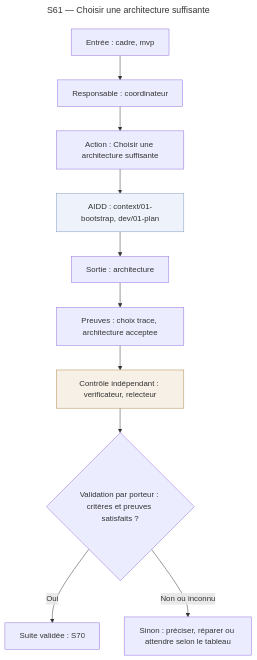
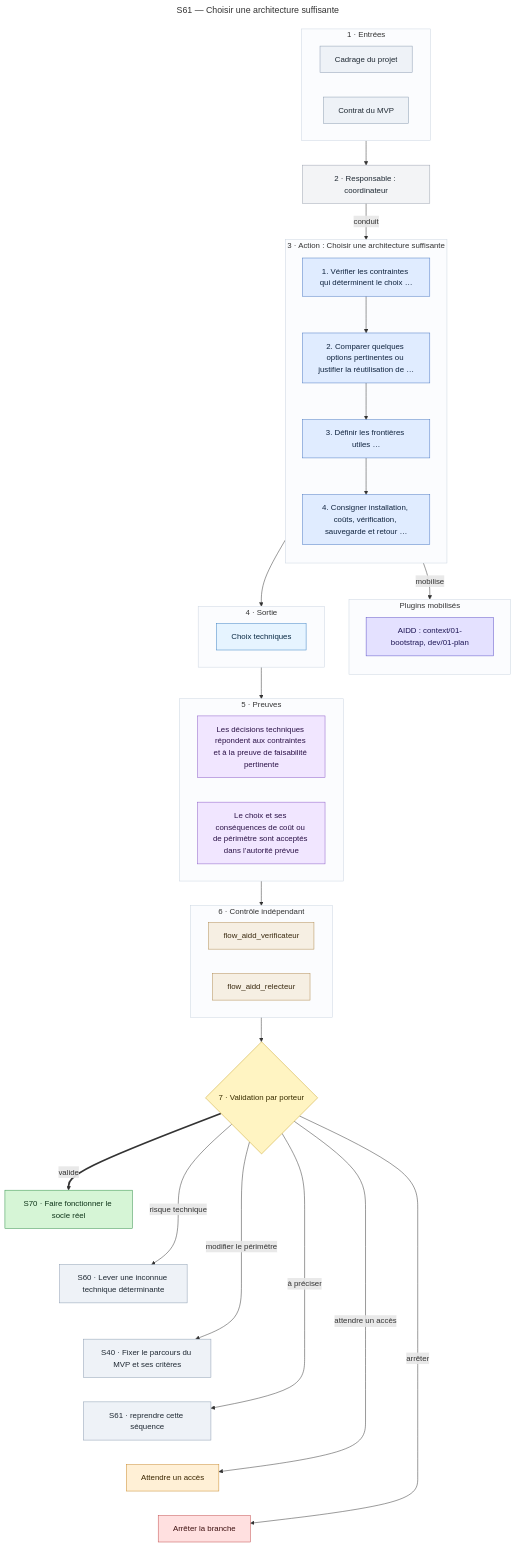
One commit to yanix2445/flow-aidd changed the diagram in docs/schemas/S61.mmd. Above: the diagram before and after it, drawn with Mermaid. The commit also changed 23 other files, not shown here.

First line of the commit message:
docs(schemas): redraw Mermaid schemas with aidd-context:09-mermaid

```diff
--- a/docs/schemas/S61.mmd
+++ b/docs/schemas/S61.mmd
@@ -1,27 +1,89 @@
 ---
 title: "S61 — Choisir une architecture suffisante"
 ---
 flowchart TB
-  Entree["Entrée : cadre, mvp"]
-  Responsable["Responsable : coordinateur"]
-  Action["Action : Choisir une architecture suffisante"]
-  Plugins["AIDD : context/01-bootstrap, dev/01-plan"]
-  Sortie["Sortie : architecture"]
-  Preuve["Preuves : choix trace, architecture acceptee"]
-  Controle["Contrôle indépendant : verificateur, relecteur"]
-  Validation{"Validation par porteur : critères et preuves satisfaits ?"}
-  Destination["Suite validée : S70"]
-  AutreIssue["Sinon : préciser, réparer ou attendre selon le tableau"]
-  Entree --> Responsable
-  Responsable --> Action
-  Action --> Plugins
-  Plugins --> Sortie
-  Sortie --> Preuve
-  Preuve --> Controle
+  subgraph Entrees["1 · Entrées"]
+    EntreeCadre["Cadrage du projet"]
+    EntreeMvp["Contrat du MVP"]
+  end
+  Responsable["2 · Responsable : coordinateur"]
+  subgraph Action["3 · Action : Choisir une architecture suffisante"]
+    direction TB
+    Etape1["1. Vérifier les contraintes qui déterminent le choix …"]
+    Etape2["2. Comparer quelques options pertinentes ou justifier la réutilisation de …"]
+    Etape3["3. Définir les frontières utiles …"]
+    Etape4["4. Consigner installation, coûts, vérification, sauvegarde et retour …"]
+  end
+  subgraph Plugins["Plugins mobilisés"]
+    direction TB
+    PluginsAidd["AIDD : context/01-bootstrap, dev/01-plan"]
+  end
+  subgraph Sortie["4 · Sortie"]
+    SortieArchitecture["Choix techniques"]
+  end
+  subgraph Preuves["5 · Preuves"]
+    PreuveChoixTrace["Les décisions techniques répondent aux contraintes et à la preuve de faisabilité pertinente"]
+    PreuveArchitectureAcceptee["Le choix et ses conséquences de coût ou de périmètre sont acceptés dans l’autorité prévue"]
+  end
+  subgraph Controle["6 · Contrôle indépendant"]
+    AgentVerificateur["flow_aidd_verificateur"]
+    AgentRelecteur["flow_aidd_relecteur"]
+  end
+  Validation{"7 · Validation par porteur"}
+  VersS70["S70 · Faire fonctionner le socle réel"]
+  VersS60["S60 · Lever une inconnue technique déterminante"]
+  VersS40["S40 · Fixer le parcours du MVP et ses critères"]
+  VersS61["S61 · reprendre cette séquence"]
+  VersWAIT_ACCESS["Attendre un accès"]
+  VersSTOP["Arrêter la branche"]
+  Entrees --> Responsable
+  Responsable -- "conduit" --> Action
+  Etape1 --> Etape2
+  Etape2 --> Etape3
+  Etape3 --> Etape4
+  Action -- "mobilise" --> Plugins
+  Action --> Sortie
+  Sortie --> Preuves
+  Preuves --> Controle
   Controle --> Validation
-  Validation -- "Oui" --> Destination
-  Validation -- "Non ou inconnu" --> AutreIssue
-  classDef plugins fill:#eef3fb,stroke:#7f9cc7
-  class Plugins plugins
-  classDef controle fill:#f6f0e6,stroke:#b08a4f
-  class Controle controle
+  VersS70 ~~~ VersS60
+  VersS60 ~~~ VersS40
+  VersS40 ~~~ VersS61
+  VersS61 ~~~ VersWAIT_ACCESS
+  VersWAIT_ACCESS ~~~ VersSTOP
+  Validation == "valide" ==> VersS70
+  Validation -- "risque technique" --> VersS60
+  Validation -- "modifier le périmètre" --> VersS40
+  Validation -- "à préciser" --> VersS61
+  Validation -- "attendre un accès" --> VersWAIT_ACCESS
+  Validation -- "arrêter" --> VersSTOP
+  classDef entree fill:#eef2f7,stroke:#8a9bb0,color:#1f2933
+  classDef responsable fill:#f3f4f6,stroke:#9ca3af,color:#1f2933
+  classDef etape fill:#e0ecff,stroke:#4a78c2,color:#10243f
+  classDef aidd fill:#e4e1ff,stroke:#5b4fc7,color:#1d1554
+  classDef sortie fill:#e6f4ff,stroke:#3b82c4,color:#0b2a44
+  classDef preuve fill:#f1e6ff,stroke:#8b5cc7,color:#2b1247
+  classDef controle fill:#f6efe3,stroke:#b08a4f,color:#3a2a10
+  classDef validation fill:#fff4c2,stroke:#c9a227,color:#3a2e00
+  classDef ok fill:#d6f5d6,stroke:#2f8f46,color:#0d3318
+  classDef retour fill:#eef2f7,stroke:#8a9bb0,color:#1f2933
+  classDef attente fill:#fff0d6,stroke:#c98a2b,color:#3a2600
+  classDef stop fill:#ffe0e0,stroke:#c24a4a,color:#3d0f0f
+  class EntreeCadre,EntreeMvp entree
+  class Responsable responsable
+  class Etape1,Etape2,Etape3,Etape4 etape
+  class PluginsAidd aidd
+  class SortieArchitecture sortie
+  class PreuveChoixTrace,PreuveArchitectureAcceptee preuve
+  class AgentVerificateur,AgentRelecteur controle
+  class Validation validation
+  class VersS70 ok
+  class VersS60,VersS40,VersS61 retour
+  class VersWAIT_ACCESS attente
+  class VersSTOP stop
+  style Entrees fill:#fbfcfe,stroke:#cbd5e1
+  style Action fill:#fbfcfe,stroke:#cbd5e1
+  style Plugins fill:#fbfcfe,stroke:#cbd5e1
+  style Sortie fill:#fbfcfe,stroke:#cbd5e1
+  style Preuves fill:#fbfcfe,stroke:#cbd5e1
+  style Controle fill:#fbfcfe,stroke:#cbd5e1
```
